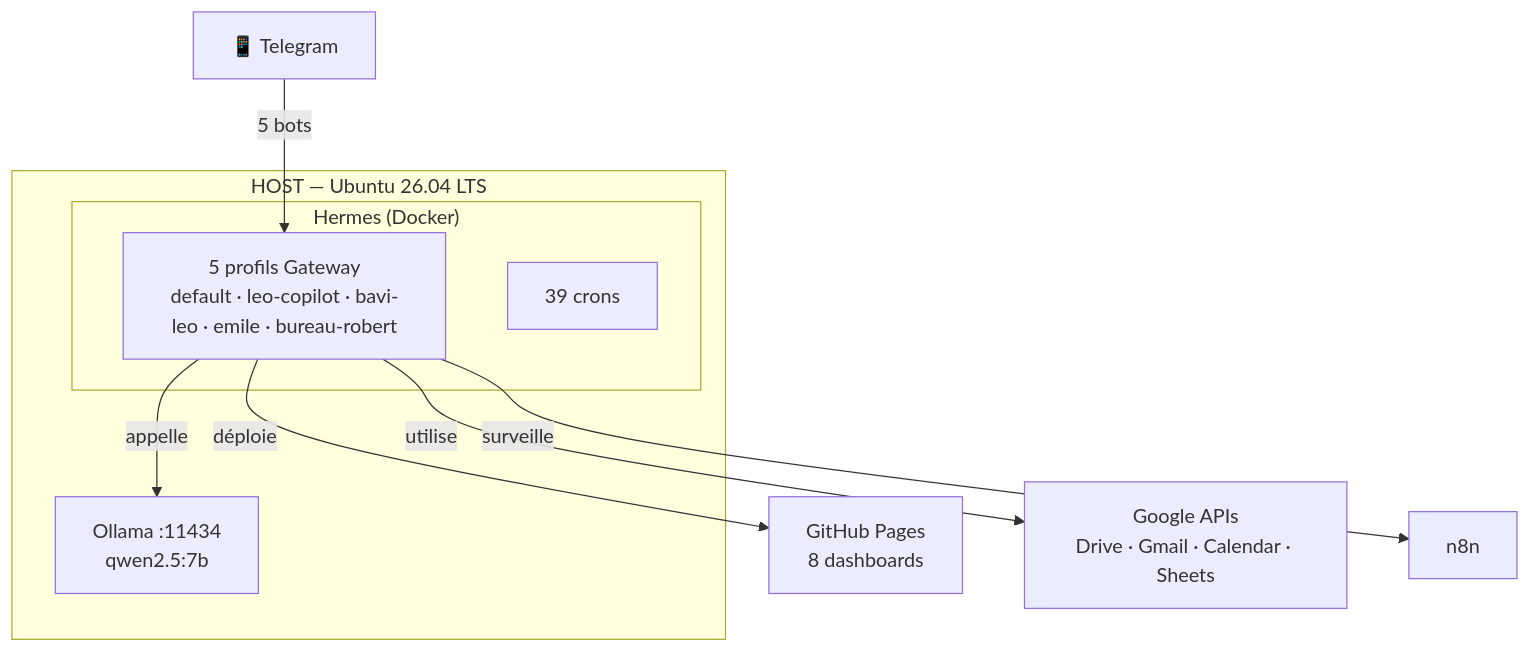
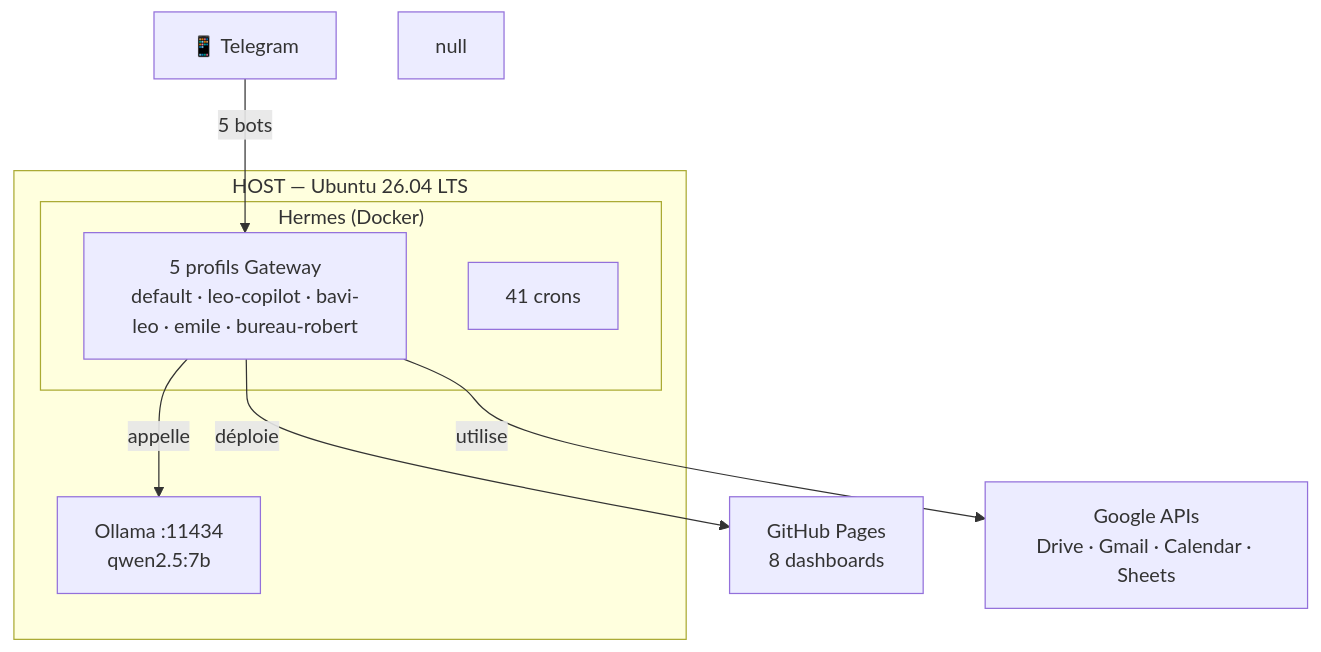
The diagram in docs/hermes/installation/linux.md (christophedanhier-hash/hermes-wiki), drawn with Mermaid before and after one commit. The commit also changed other lines of this file and 27 other files, not shown here.

````diff
--- a/docs/hermes/installation/linux.md
+++ b/docs/hermes/installation/linux.md
@@ -127,16 +127,16 @@
 ```mermaid
 graph TB
     subgraph HOST["HOST — Ubuntu 26.04 LTS"]
         Ollama["Ollama :11434<br/>qwen2.5:7b"]
         subgraph Docker["Hermes (Docker)"]
             GW["5 profils Gateway<br/>default · leo-copilot · bavi-leo · emile · bureau-robert"]
-            Crons["39 crons"]
+            Crons["41 crons"]
         end
     end
     
     Telegram["📱 Telegram"] -->|"5 bots"| GW
     GW -->|"déploie"| GH["GitHub Pages<br/>8 dashboards"]
     GW -->|"utilise"| Google["Google APIs<br/>Drive · Gmail · Calendar · Sheets"]
     GW -->|"appelle"| Ollama
-    GW -->|"surveille"| n8n
+    null
 ```
````
